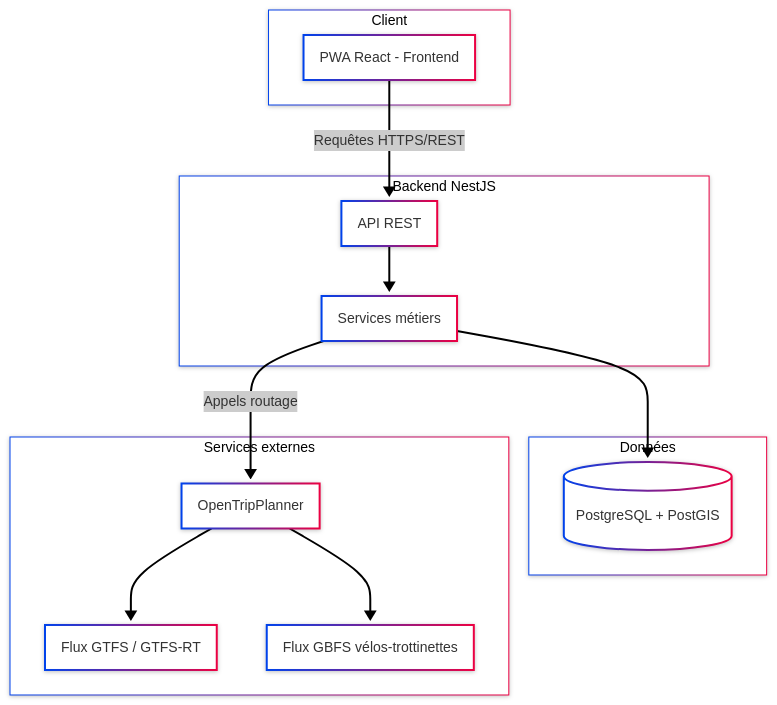
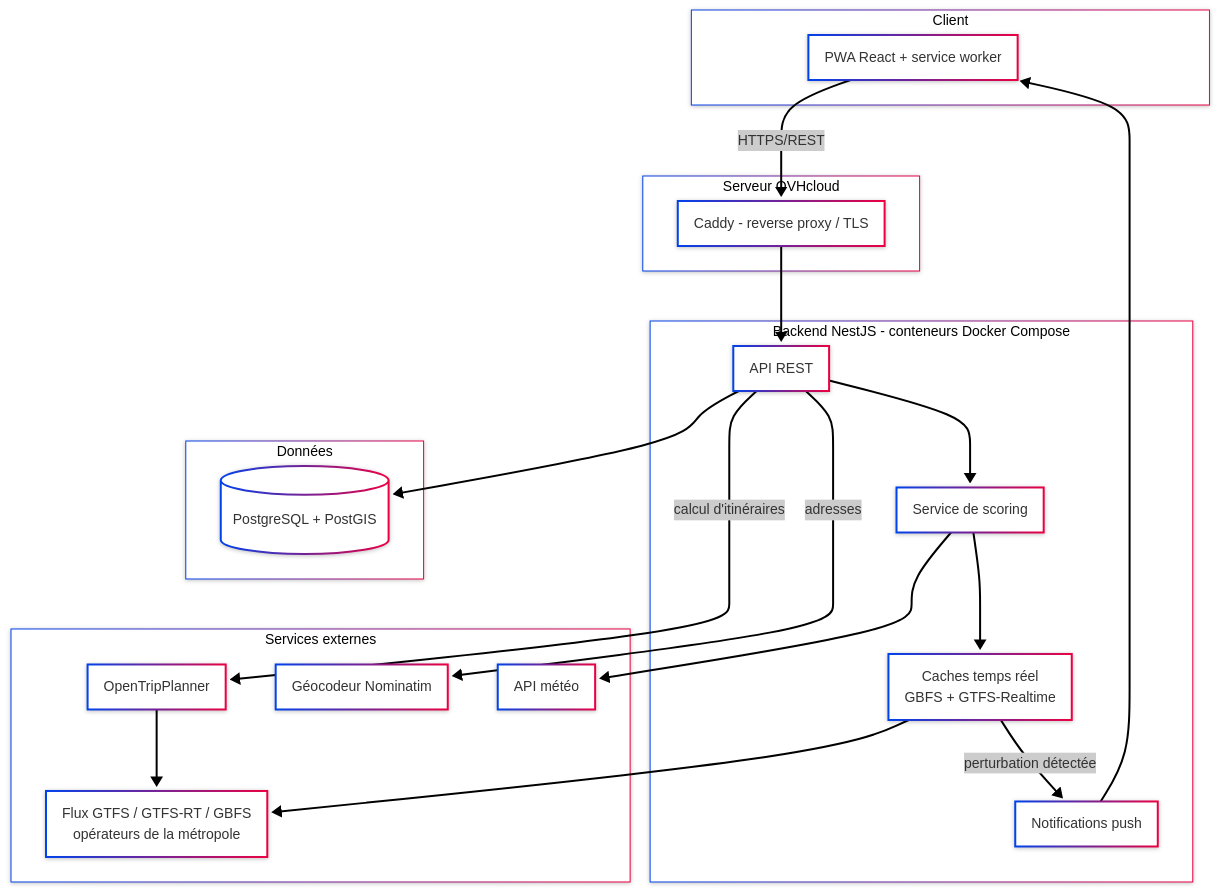
The first of 9 diagrams in docs/rendus/UrbanFlow_Mobility_Dossier.md (KerdanetYvan/urbanflow-mobility), drawn with Mermaid before and after one commit. The commit also changed other lines of this file, not shown here.

Commit message:
docs(dossier): partie 4 - schema et composants alignes sur le build reel (#42)
- 4.1 : schema d'architecture enrichi des composants effectivement presents
  (Caddy reverse proxy, service de scoring, caches temps reel GBFS/GTFS-RT,
  notifications push, geocodeur Nominatim, API meteo) sans changer la
  structure en couches.
- 4.2 : table des composants reecrite ; retire 'gestion des reservations' et
  'calcul d'empreinte carbone' des services metiers (non implementes) ;
  ajoute une note explicite -> replaces en perspectives 11.1.

````diff
--- a/docs/rendus/UrbanFlow_Mobility_Dossier.md
+++ b/docs/rendus/UrbanFlow_Mobility_Dossier.md
@@ -499,33 +499,44 @@
 ```mermaid
 ---
 config:
   look: neo
   theme: neo
 ---
 flowchart TB
     subgraph Client
-        PWA[PWA React - Frontend]
+        PWA[PWA React + service worker]
     end
 
-    subgraph Backend["Backend NestJS"]
+    subgraph Edge["Serveur OVHcloud"]
+        CADDY[Caddy - reverse proxy / TLS]
+    end
+
+    subgraph Backend["Backend NestJS - conteneurs Docker Compose"]
         API[API REST]
-        SVC[Services métiers]
+        SCORE[Service de scoring]
+        RT[Caches temps réel<br/>GBFS + GTFS-Realtime]
+        PUSH[Notifications push]
     end
 
     subgraph Données
         DB[(PostgreSQL + PostGIS)]
     end
 
     subgraph Externe["Services externes"]
         OTP[OpenTripPlanner]
-        GTFS[Flux GTFS / GTFS-RT]
-        GBFS[Flux GBFS vélos-trottinettes]
+        NOM[Géocodeur Nominatim]
+        METEO[API météo]
+        FLUX[Flux GTFS / GTFS-RT / GBFS<br/>opérateurs de la métropole]
     end
 
-    PWA -->|Requêtes HTTPS/REST| API
-    API --> SVC
-    SVC --> DB
-    SVC -->|Appels routage| OTP
-    OTP --> GTFS
-    OTP --> GBFS
+    PWA -->|HTTPS/REST| CADDY --> API
+    API --> DB
+    API -->|calcul d'itinéraires| OTP
+    API -->|adresses| NOM
+    API --> SCORE
+    SCORE --> METEO
+    SCORE --> RT
+    RT --> FLUX
+    OTP --> FLUX
+    RT -->|perturbation détectée| PUSH --> PWA
 ```
````
